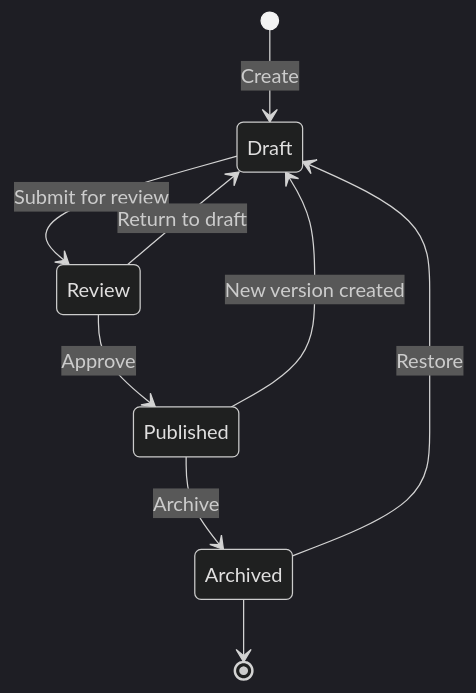
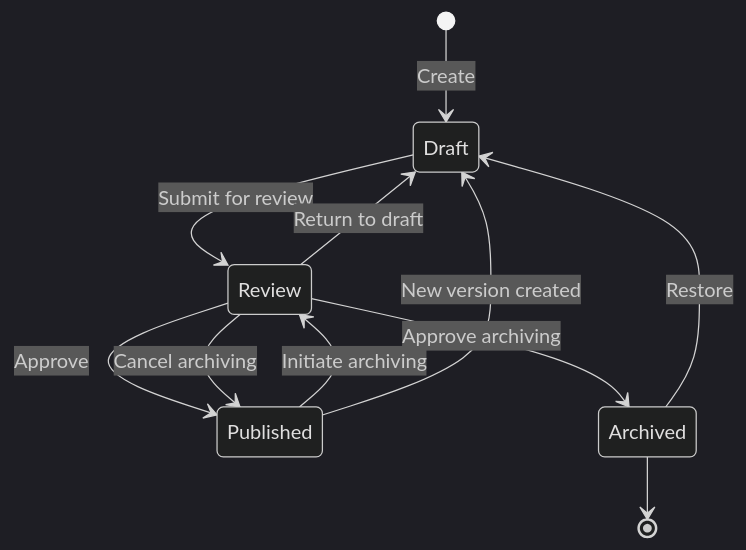
The first of 3 diagrams in docs/lifecycle-workflow.md (viscalyx/Kravhantering), drawn with Mermaid (dark theme) before and after one commit. The commit also changed other lines of this file and 53 other files, not shown here.

````diff
--- a/docs/lifecycle-workflow.md
+++ b/docs/lifecycle-workflow.md
@@ -5,11 +8,13 @@
 ```mermaid
 stateDiagram-v2
     [*] --> Draft : Create
     Draft --> Review : Submit for review
     Review --> Draft : Return to draft
     Review --> Published : Approve
-    Published --> Archived : Archive
+    Published --> Review : Initiate archiving
+    Review --> Archived : Approve archiving
+    Review --> Published : Cancel archiving
     Published --> Draft : New version created
     Archived --> Draft : Restore
     Archived --> [*]
 ```
````
